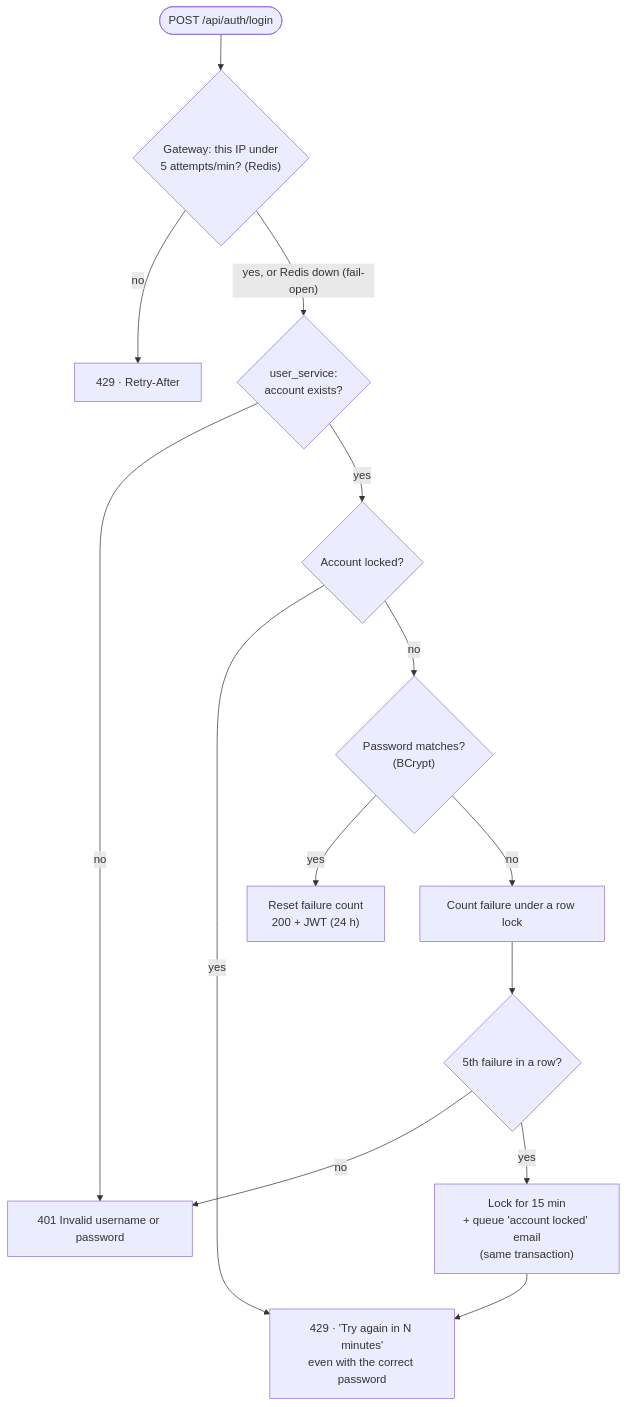
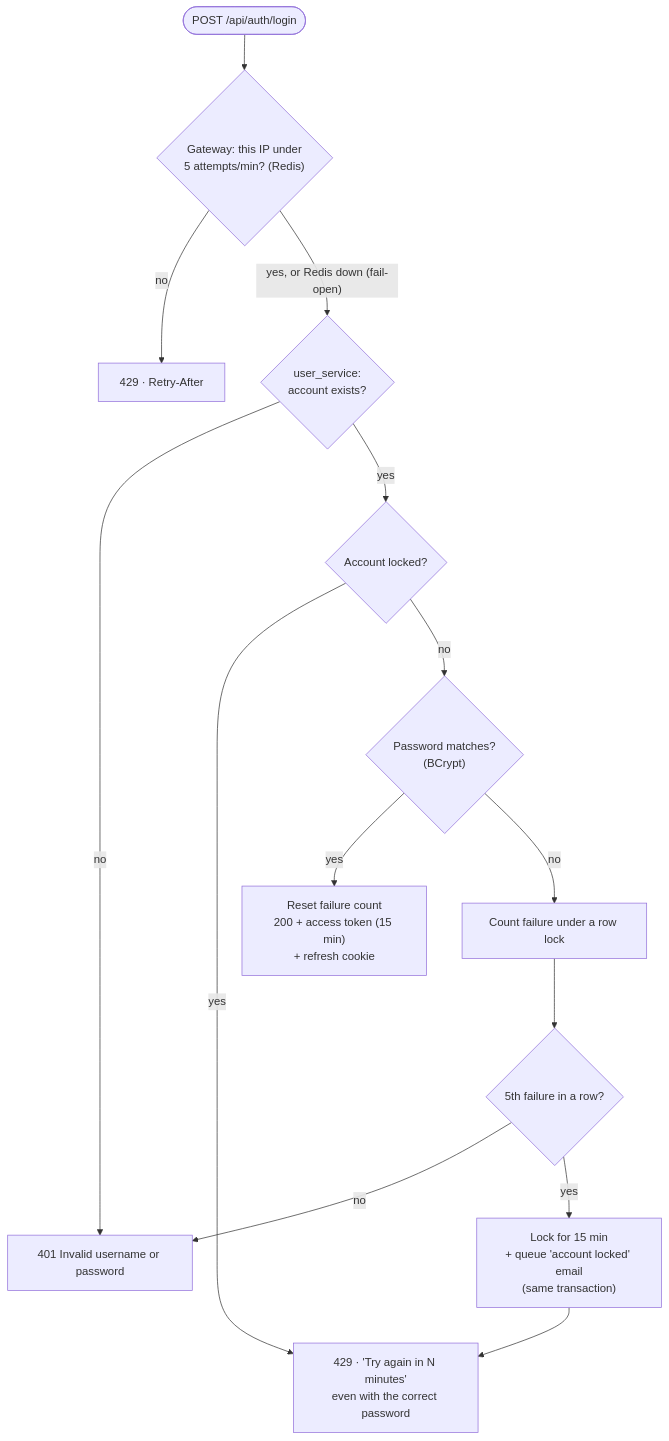
One commit to adityachauhan564/PayMesh changed the seventh of 11 diagrams in README.md. Above: the diagram before and after it, drawn with Mermaid. The commit also changed other lines of this file and 2 other files, not shown here.

````diff
--- a/README.md
+++ b/README.md
@@ -256,16 +256,16 @@
 ```mermaid
 flowchart TD
     start(["POST /api/auth/login"]) --> ip{"Gateway: this IP under<br/>5 attempts/min? (Redis)"}
     ip -- "no" --> r1["429 · Retry-After"]
     ip -- "yes, or Redis down (fail-open)" --> find{"user_service:<br/>account exists?"}
     find -- "no" --> r401["401 Invalid username or password"]
     find -- "yes" --> locked{"Account locked?"}
     locked -- "yes" --> r2["429 · 'Try again in N minutes'<br/>even with the correct password"]
     locked -- "no" --> pw{"Password matches?<br/>(BCrypt)"}
-    pw -- "yes" --> ok["Reset failure count<br/>200 + JWT (24 h)"]
+    pw -- "yes" --> ok["Reset failure count<br/>200 + access token (15 min)<br/>+ refresh cookie"]
     pw -- "no" --> count["Count failure under a row lock"]
     count --> fifth{"5th failure in a row?"}
     fifth -- "no" --> r401
     fifth -- "yes" --> lock["Lock for 15 min<br/>+ queue 'account locked' email<br/>(same transaction)"]
     lock --> r2
 ```
````
